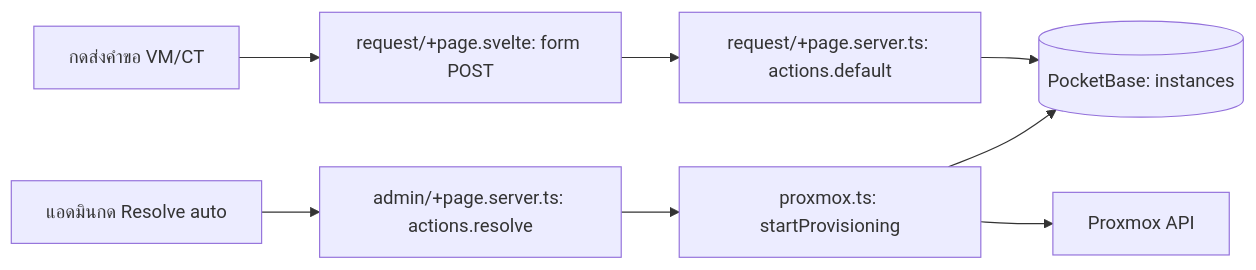
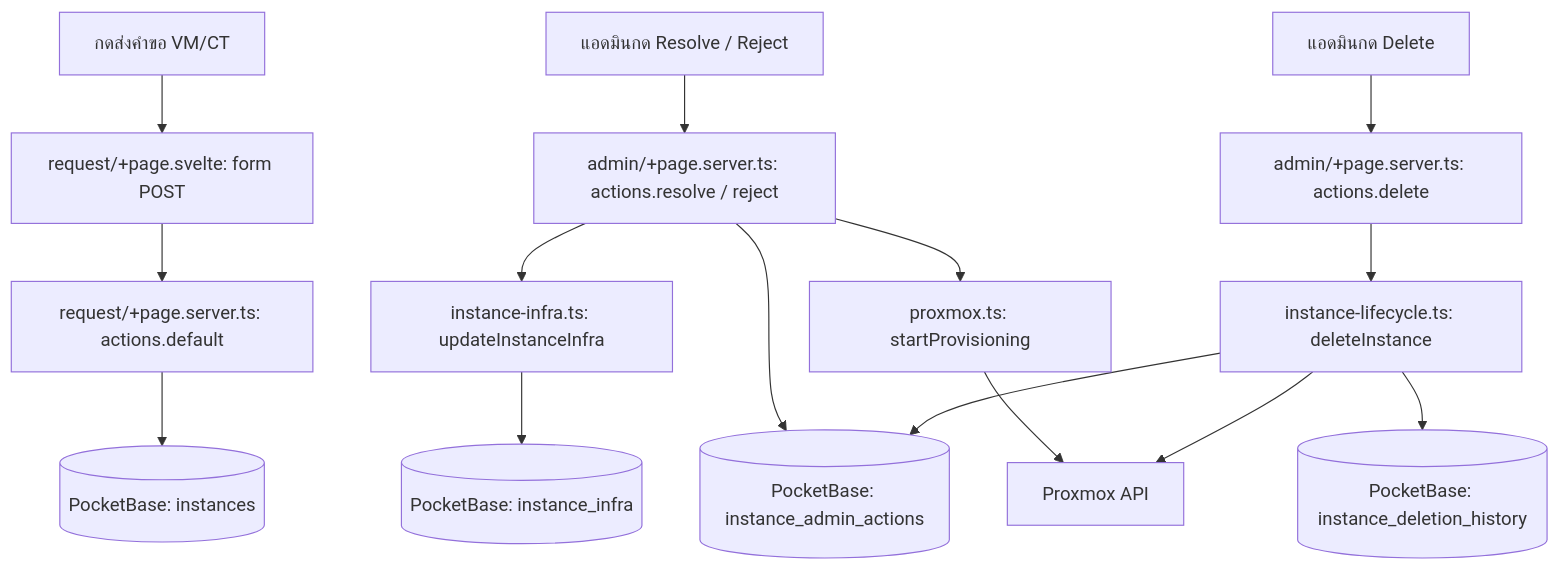
The diagram in CLICK_FLOW.md (CSNIS-CSKmitl/init.d), drawn with Mermaid before and after one commit. The commit also changed other lines of this file and 1 other file, not shown here.

Commit message:
docs: update README and CLICK_FLOW with infra, deletion history, and audit log collections

````diff
--- a/CLICK_FLOW.md
+++ b/CLICK_FLOW.md
@@ -3,10 +3,19 @@
 ```mermaid
-flowchart LR
+flowchart TD
   A[กดส่งคำขอ VM/CT] --> B[request/+page.svelte: form POST]
   B --> C[request/+page.server.ts: actions.default]
   C --> D[(PocketBase: instances)]
-  E[แอดมินกด Resolve auto] --> F[admin/+page.server.ts: actions.resolve]
-  F --> G[proxmox.ts: startProvisioning]
-  G --> H[Proxmox API]
-  G --> D
+  
+  E[แอดมินกด Resolve / Reject] --> F[admin/+page.server.ts: actions.resolve / reject]
+  F --> G[instance-infra.ts: updateInstanceInfra]
+  F --> H[(PocketBase: instance_admin_actions)]
+  G --> I[(PocketBase: instance_infra)]
+  F --> J[proxmox.ts: startProvisioning]
+  J --> K[Proxmox API]
+
+  L[แอดมินกด Delete] --> M[admin/+page.server.ts: actions.delete]
+  M --> N[instance-lifecycle.ts: deleteInstance]
+  N --> O[(PocketBase: instance_deletion_history)]
+  N --> H
+  N --> K
 ```
````
